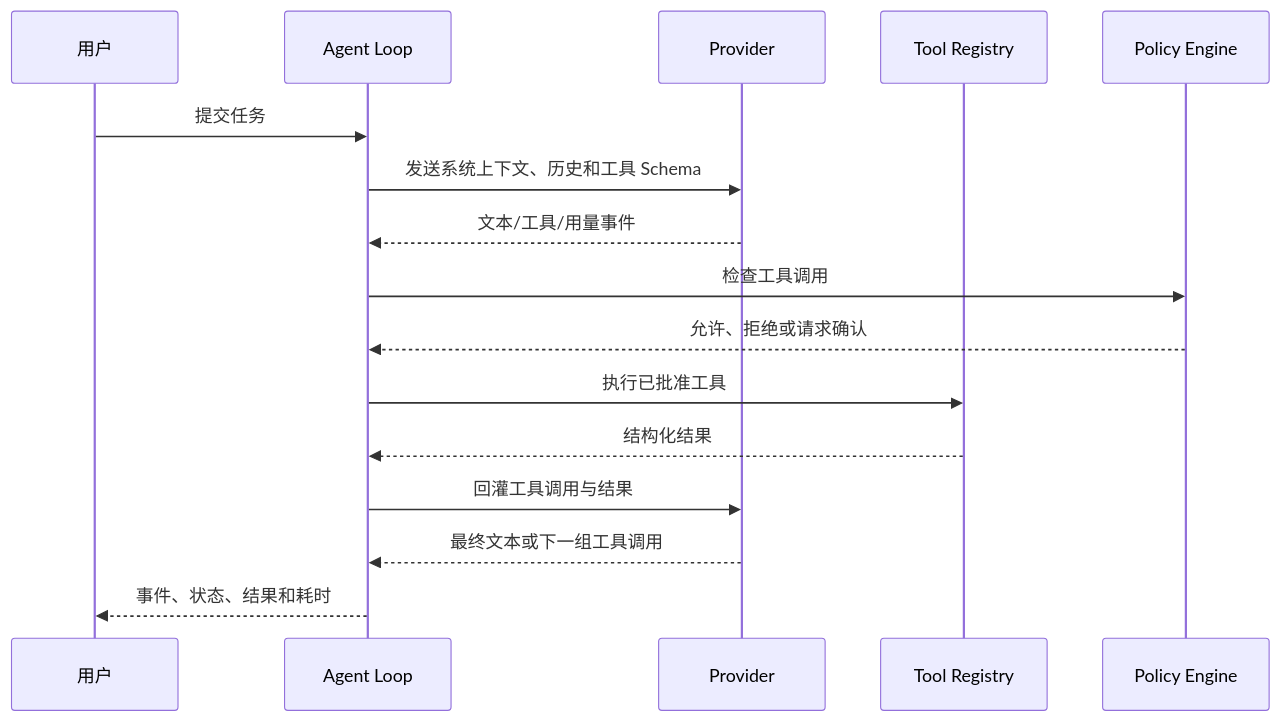
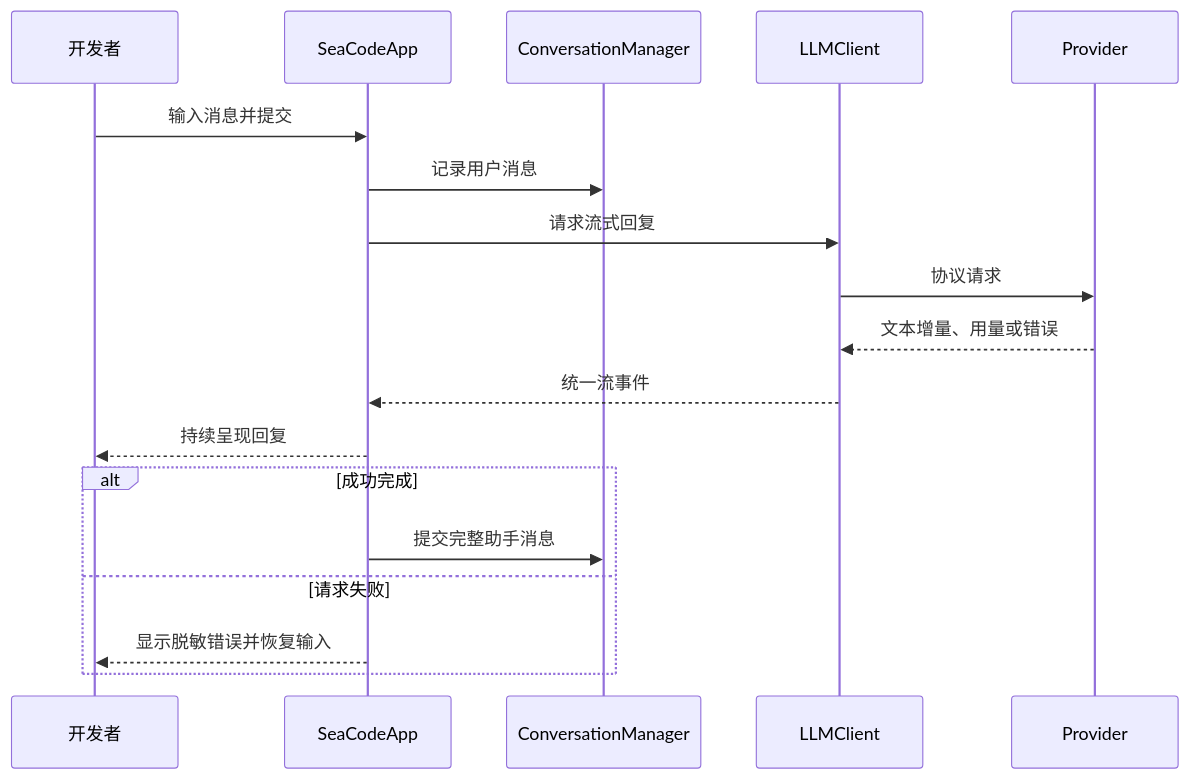
One commit to seaFall98/SeaCode changed the second of 2 diagrams in docs-zh/Design-SeaCode.md. Above: the diagram before and after it, drawn with Mermaid. The commit also changed other lines of this file and 26 other files, not shown here.

````diff
--- a/docs-zh/Design-SeaCode.md
+++ b/docs-zh/Design-SeaCode.md
@@ -78,19 +94,21 @@
 ```mermaid
 sequenceDiagram
-    participant U as 用户
-    participant L as Agent Loop
+    participant U as 开发者
+    participant A as SeaCodeApp
+    participant C as ConversationManager
+    participant L as LLMClient
     participant P as Provider
-    participant R as Tool Registry
-    participant G as Policy Engine
 
-    U->>L: 提交任务
-    L->>P: 发送系统上下文、历史和工具 Schema
-    P-->>L: 文本/工具/用量事件
-    L->>G: 检查工具调用
-    G-->>L: 允许、拒绝或请求确认
-    L->>R: 执行已批准工具
-    R-->>L: 结构化结果
-    L->>P: 回灌工具调用与结果
-    P-->>L: 最终文本或下一组工具调用
-    L-->>U: 事件、状态、结果和耗时
+    U->>A: 输入消息并提交
+    A->>C: 记录用户消息
+    A->>L: 请求流式回复
+    L->>P: 协议请求
+    P-->>L: 文本增量、用量或错误
+    L-->>A: 统一流事件
+    A-->>U: 持续呈现回复
+    alt 成功完成
+        A->>C: 提交完整助手消息
+    else 请求失败
+        A-->>U: 显示脱敏错误并恢复输入
+    end
 ```
````
